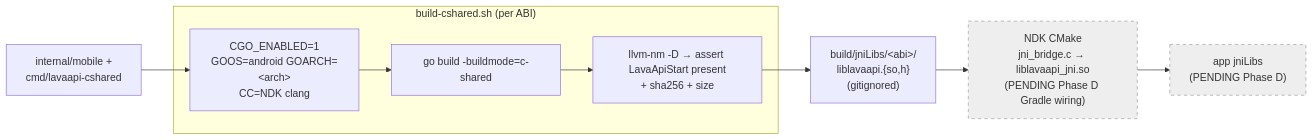
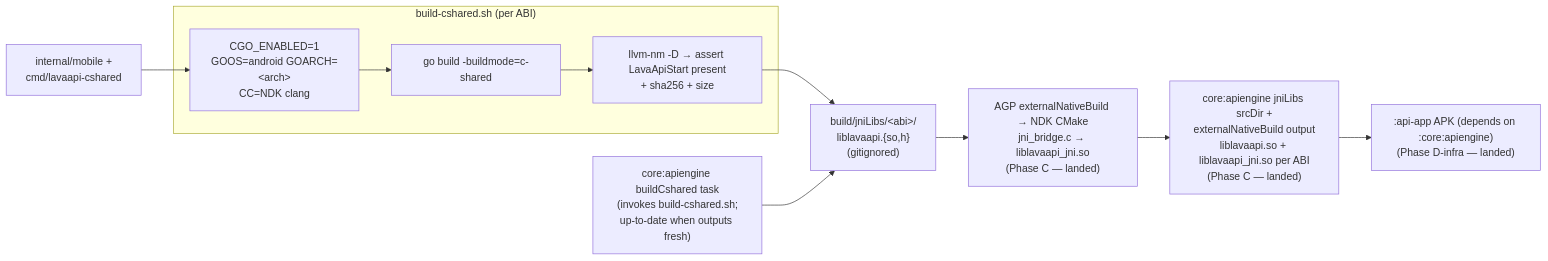
Before and after one commit to milos85vasic/Lava: the fourth of 4 diagrams in docs/ON_DEVICE_API.md, drawn with Mermaid. The commit also changed other lines of this file and 4 other files, not shown here.

First line of the commit message:
docs(on-device-api): document Phase C (:core:apiengine JNI wrapper) + Phase D-infra (:api-app)

````diff
--- a/docs/ON_DEVICE_API.md
+++ b/docs/ON_DEVICE_API.md
@@ -454,18 +811,18 @@
 ```mermaid
 flowchart LR
     src["internal/mobile +<br/>cmd/lavaapi-cshared"]
     subgraph build["build-cshared.sh (per ABI)"]
         cc["CGO_ENABLED=1<br/>GOOS=android GOARCH=&lt;arch&gt;<br/>CC=NDK clang"]
         gob["go build -buildmode=c-shared"]
         verify["llvm-nm -D → assert LavaApiStart present<br/>+ sha256 + size"]
     end
     out["build/jniLibs/&lt;abi&gt;/<br/>liblavaapi.{so,h}<br/>(gitignored)"]
-    cmake["NDK CMake<br/>jni_bridge.c → liblavaapi_jni.so<br/>(PENDING Phase D Gradle wiring)"]
-    app["app jniLibs<br/>(PENDING Phase D)"]
+    task["core:apiengine buildCshared task<br/>(invokes build-cshared.sh;<br/>up-to-date when outputs fresh)"]
+    cmake["AGP externalNativeBuild → NDK CMake<br/>jni_bridge.c → liblavaapi_jni.so<br/>(Phase C — landed)"]
+    jnilibs["core:apiengine jniLibs srcDir +<br/>externalNativeBuild output<br/>liblavaapi.so + liblavaapi_jni.so per ABI<br/>(Phase C — landed)"]
+    app[":api-app APK (depends on :core:apiengine)<br/>(Phase D-infra — landed)"]
 
     src --> cc --> gob --> verify --> out
-    out --> cmake --> app
-
-    classDef pending fill:#eee,stroke:#999,stroke-dasharray: 5 5;
-    class cmake,app pending;
+    task --> out
+    out --> cmake --> jnilibs --> app
 ```
````
